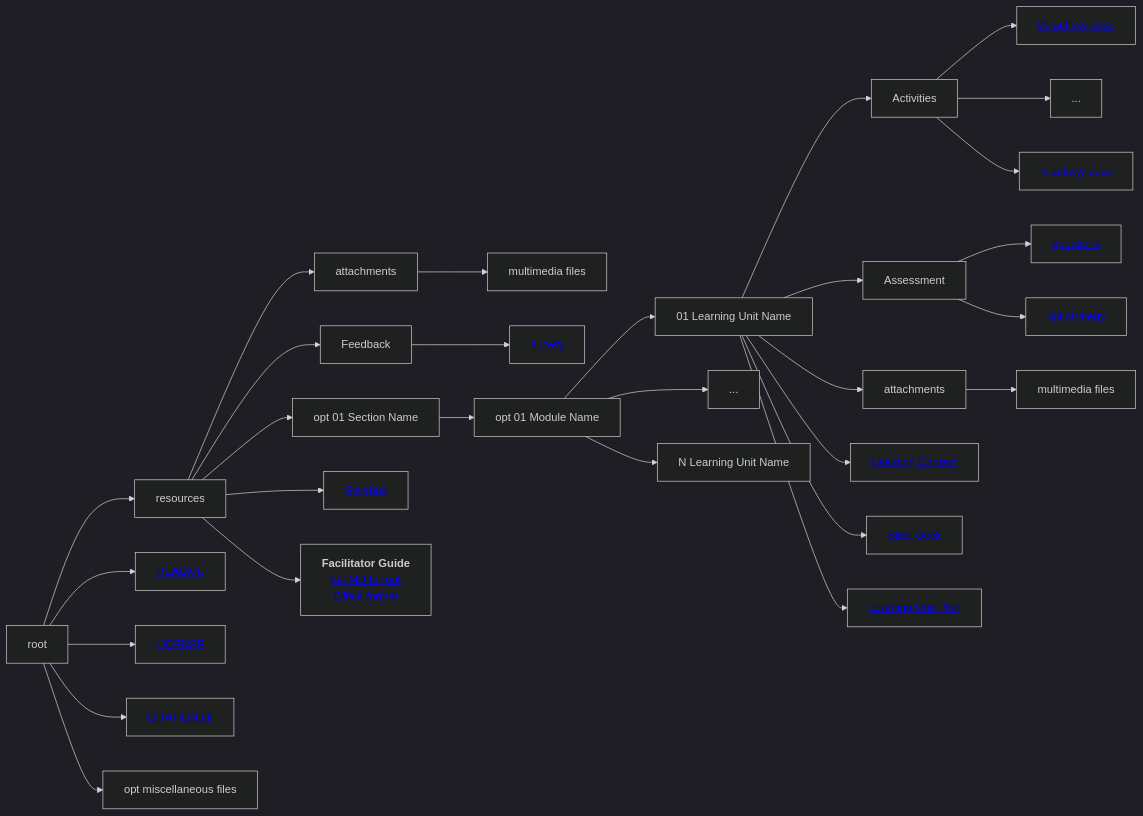
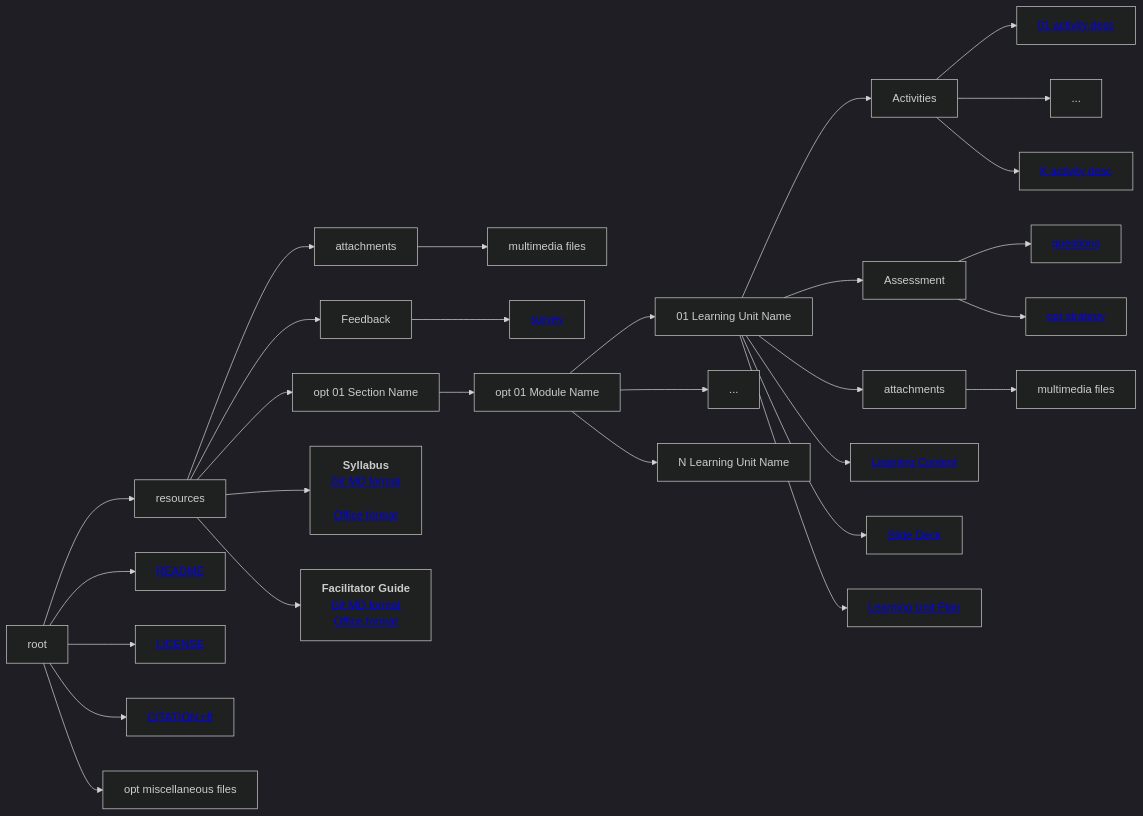
The diagram in resources/03 Design/design.md (FAIR-by-Design-Methodology/microlearning), drawn with Mermaid (dark theme) before and after one commit.

````diff
--- a/resources/03 Design/design.md
+++ b/resources/03 Design/design.md
@@ -55,37 +55,37 @@
 ``` mermaid
 graph LR
   r[root] --> res;
   r --> rm[<a href='https://www.makeareadme.com/'>README</a>];
   r --> l[<a href='https://creativecommons.org/licenses/by/4.0/legalcode.txt'>LICENSE</a>];
   r --> c[<a href='https://citation-file-format.github.io/'>CITATION.cff</a>];
   r --> misc[opt miscellaneous files];
 
   res[resources] --> att[attachments];
   att --> mf[multimedia files];
   res --> f[Feedback];
   f --> fq[<a href='https://github.com/FAIR-by-Design-Methodology/templates/blob/main/resources/Feedback/training_feedback_template.md'>survey</a>];
   res --> s1[opt 01 Section Name];
-  res --> s[<a href='https://github.com/FAIR-by-Design-Methodology/templates/blob/main/resources/syllabus.md'>Syllabus</a>];
+  res --> s[<b>Syllabus</b><br><a href='https://github.com/FAIR-by-Design-Methodology/templates/blob/main/resources/syllabus.md'>Git MD format</a><br><br><a href='https://github.com/FAIR-by-Design-Methodology/microlearning/blob/main/resources/attachments/Root/syllabus.docx'>Office format</a>];
   res --> fg[<b>Facilitator Guide</b> <br> <a href='https://github.com/FAIR-by-Design-Methodology/templates/blob/main/resources/template_facilitator_guide.md'>Git MD format</a><br><a href='https://github.com/FAIR-by-Design-Methodology/microlearning/blob/main/resources/attachments/Root/Training%20Facilitator%20Guide.docx'>Office format</a>];
 
   s1 --> m1[opt 01 Module Name];
   m1 --> lu1[01 Learning Unit Name];
   m1 --> lux[...];
   m1 --> luN[N Learning Unit Name];
 
   lu1 --> act[Activities];
   lu1 --> ass[Assessment];
   lu1 --> at[attachments];
   at --> mff[multimedia files];
   lu1 --> lc[<a href='https://github.com/FAIR-by-Design-Methodology/templates/blob/main/resources/Learning%20Unit/template_content.md'>Learning Content</a>];
   lu1 --> sd[<a href='https://github.com/FAIR-by-Design-Methodology/templates/blob/main/resources/Learning%20Unit/Learning_unit_content.pptx'>Slide Deck</a>];
   lu1 --> lp[<a href='https://github.com/FAIR-by-Design-Methodology/templates/blob/main/resources/Learning%20Unit/template_unit_lesson_plan.md'>Learning Unit Plan</a>];
 
   act --> a1[<a href='https://github.com/FAIR-by-Design-Methodology/templates/blob/main/resources/Learning%20Unit/Activities/activity_details_template.md'>01 activity desc</a>];
   act --> ax[...];
   act --> aK[<a href='https://github.com/FAIR-by-Design-Methodology/templates/blob/main/resources/Learning%20Unit/Activities/activity_details_template.md'>K activity desc</a>];
 
   ass --> qb[<a href='https://github.com/FAIR-by-Design-Methodology/templates/blob/main/resources/Learning%20Unit/Assessment/assessment_template.md'>questions</a>];
   ass --> st[<a href='https://github.com/FAIR-by-Design-Methodology/templates/blob/main/resources/Learning%20Unit/Assessment/assessment_template.md'>opt strategy</a>];
 
 ```
````
